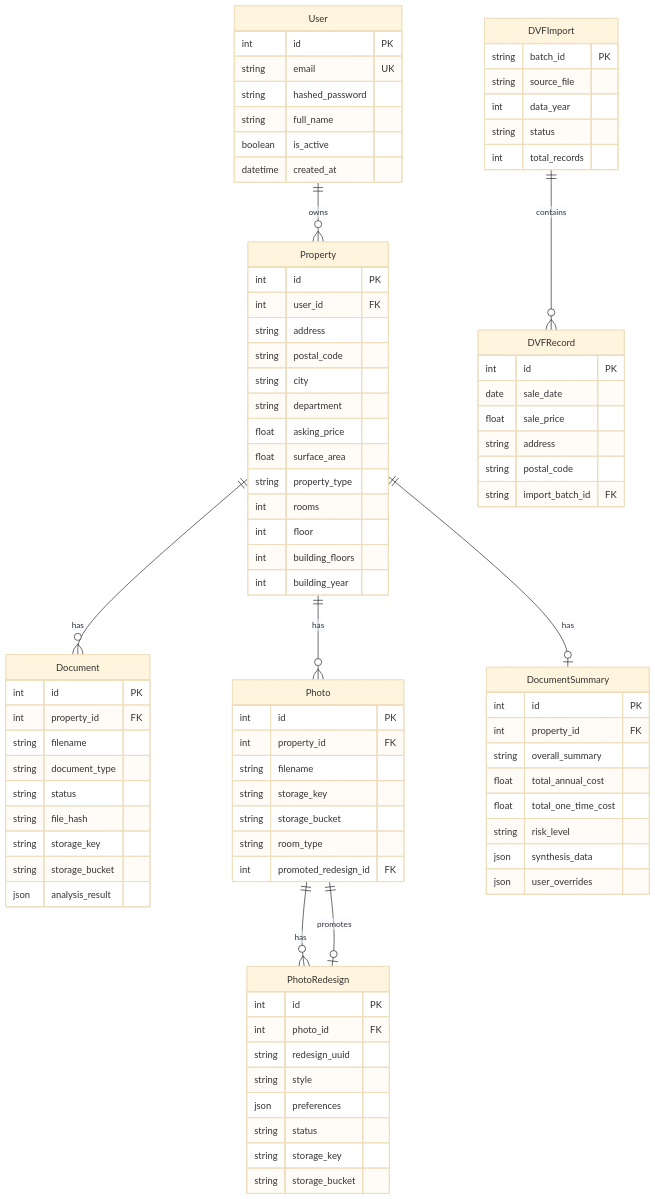
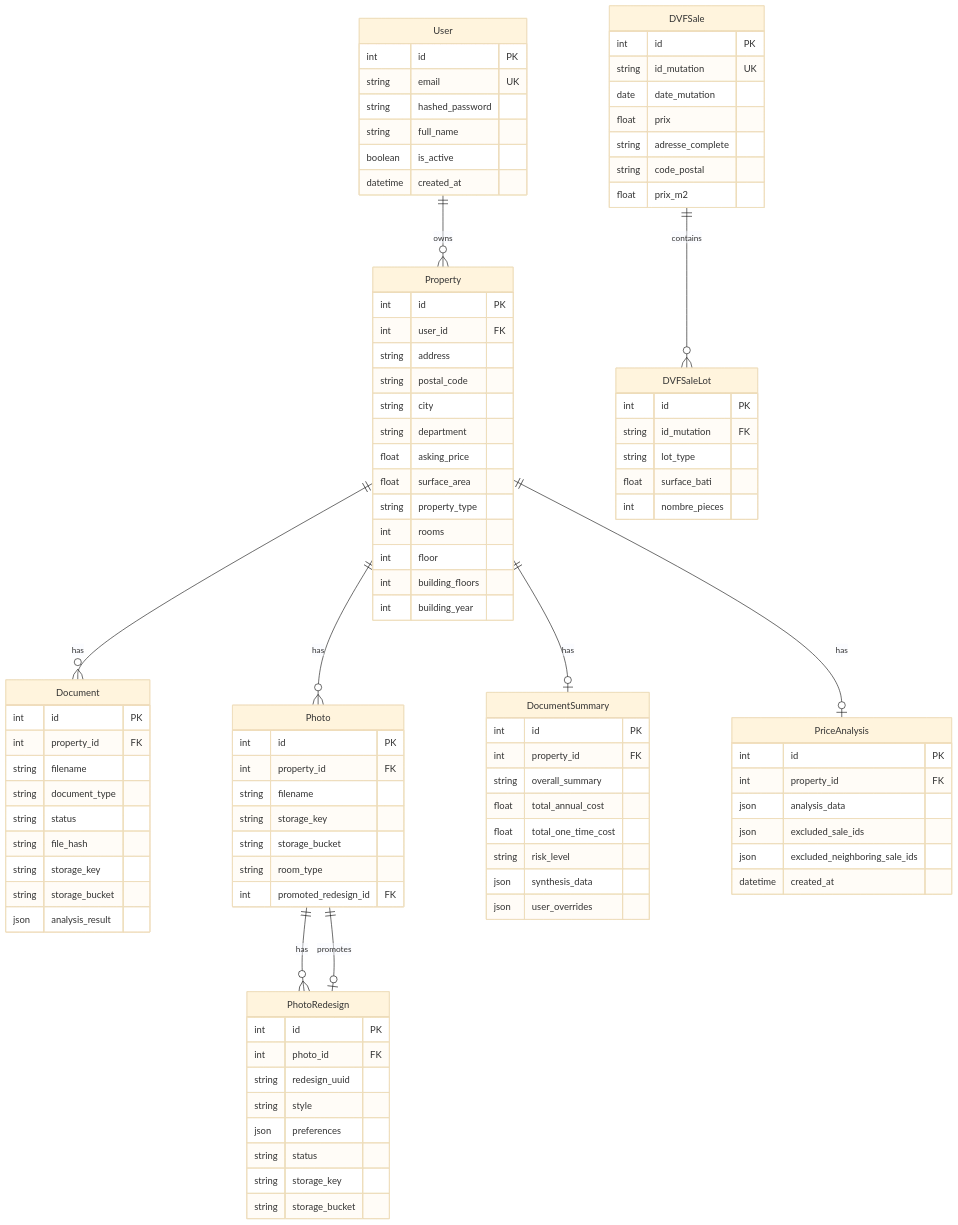
Before and after one commit to benjamin-karaoglan/AppArtAgent: the diagram in docs/backend/database.md, drawn with Mermaid (base theme). The commit also changed other lines of this file and 14 other files, not shown here.

First line of the commit message:
docs: update documentation for geolocalized DVF and new architecture

````diff
--- a/docs/backend/database.md
+++ b/docs/backend/database.md
@@ -176,9 +216,10 @@
     Property ||--o{ Document : has
     Property ||--o{ Photo : has
     Property ||--o| DocumentSummary : has
+    Property ||--o| PriceAnalysis : has
     Photo ||--o{ PhotoRedesign : has
     Photo ||--o| PhotoRedesign : promotes
-    DVFImport ||--o{ DVFRecord : contains
+    DVFSale ||--o{ DVFSaleLot : contains
 
     User {
         int id PK
@@ -249,20 +290,30 @@
         json user_overrides
     }
 
-    DVFRecord {
+    PriceAnalysis {
         int id PK
-        date sale_date
-        float sale_price
-        string address
-        string postal_code
-        string import_batch_id FK
+        int property_id FK
+        json analysis_data
+        json excluded_sale_ids
+        json excluded_neighboring_sale_ids
+        datetime created_at
     }
 
-    DVFImport {
-        string batch_id PK
-        string source_file
-        int data_year
-        string status
-        int total_records
+    DVFSale {
+        int id PK
+        string id_mutation UK
+        date date_mutation
+        float prix
+        string adresse_complete
+        string code_postal
+        float prix_m2
+    }
+
+    DVFSaleLot {
+        int id PK
+        string id_mutation FK
+        string lot_type
+        float surface_bati
+        int nombre_pieces
     }
 ```
````
